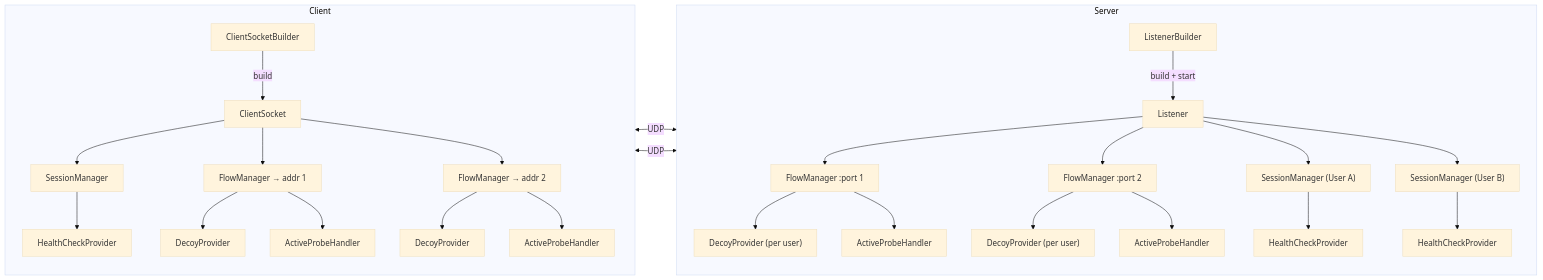
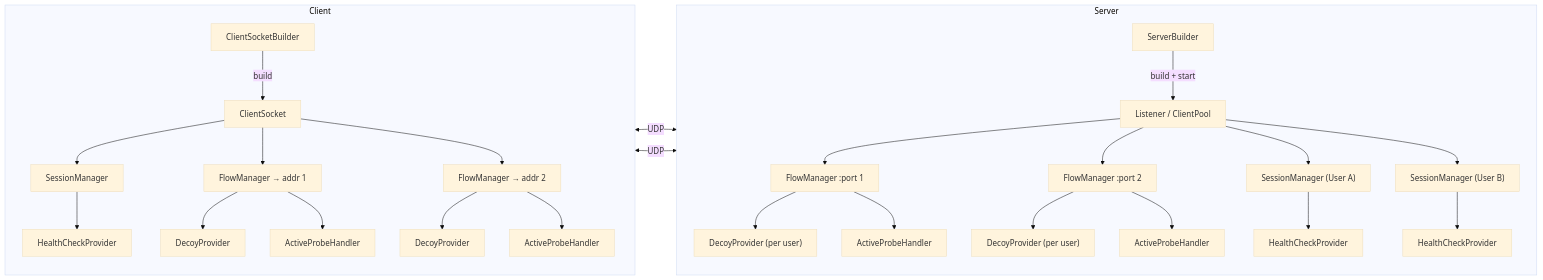
The first of 13 diagrams in PROTOCOL.md (pseusys/TYPHOON), drawn with Mermaid (base theme) before and after one commit. The commit also changed other lines of this file and 54 other files, not shown here.

````diff
--- a/PROTOCOL.md
+++ b/PROTOCOL.md
@@ -63,33 +63,33 @@
 ```mermaid
 flowchart LR
     subgraph Client
         direction TB
         CSB["ClientSocketBuilder"] -->|build| CS["ClientSocket"]
         CS --> CSM["SessionManager"]
         CS --> CFM1["FlowManager → addr 1"]
         CS --> CFM2["FlowManager → addr 2"]
         CSM --> CHCP["HealthCheckProvider"]
         CFM1 --> CDP1["DecoyProvider"]
         CFM1 --> CAPH1["ActiveProbeHandler"]
         CFM2 --> CDP2["DecoyProvider"]
         CFM2 --> CAPH2["ActiveProbeHandler"]
     end
 
     subgraph Server
         direction TB
-        LB["ListenerBuilder"] -->|build + start| L["Listener"]
+        LB["ServerBuilder"] -->|build + start| L["Listener / ClientPool"]
         L --> SFM1["FlowManager :port 1"]
         L --> SFM2["FlowManager :port 2"]
         SFM1 --> SDP1["DecoyProvider (per user)"]
         SFM1 --> SAPH1["ActiveProbeHandler"]
         SFM2 --> SDP2["DecoyProvider (per user)"]
         SFM2 --> SAPH2["ActiveProbeHandler"]
         L --> SSM1["SessionManager (User A)"]
         L --> SSM2["SessionManager (User B)"]
         SSM1 --> SHCP1["HealthCheckProvider"]
         SSM2 --> SHCP2["HealthCheckProvider"]
     end
 
     CFM1 <-->|UDP| SFM1
     CFM2 <-->|UDP| SFM2
 ```
````
